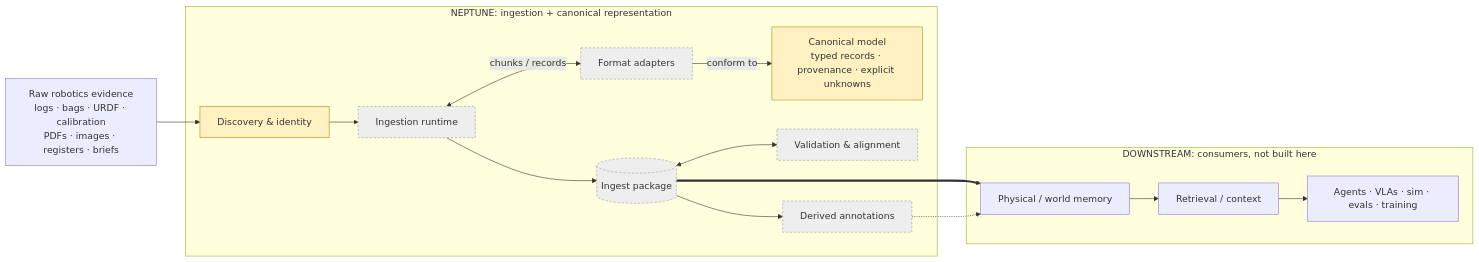
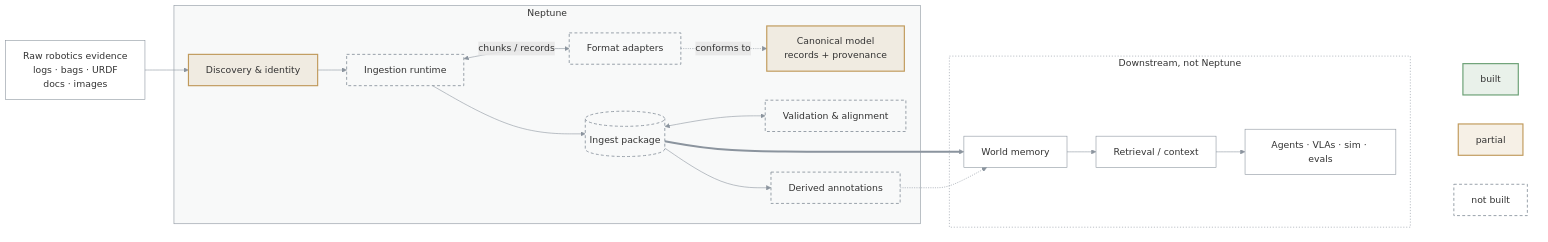
One commit to bennytay/neptune changed the diagram in ARCHITECTURE.md. Above: the diagram before and after it, drawn with Mermaid. The commit also changed other lines of this file and 2 other files, not shown here.

First line of the commit message:
docs: reduce ARCHITECTURE.md to one evolving diagram with soft colours

````diff
--- a/ARCHITECTURE.md
+++ b/ARCHITECTURE.md
@@ -14,35 +3,49 @@
 ```mermaid
 flowchart LR
-  RAW["Raw robotics evidence<br/>logs · bags · URDF · calibration<br/>PDFs · images · registers · briefs"]
+  RAW["Raw robotics evidence<br/>logs · bags · URDF<br/>docs · images"]
 
-  subgraph N["NEPTUNE: ingestion + canonical representation"]
+  subgraph N["Neptune"]
     DISC["Discovery &amp; identity"]
     RT["Ingestion runtime"]
     AD["Format adapters"]
-    CAN["Canonical model<br/>typed records · provenance · explicit unknowns"]
+    CAN["Canonical model<br/>records + provenance"]
     PKG[("Ingest package")]
     VAL["Validation &amp; alignment"]
     DER["Derived annotations"]
   end
 
-  subgraph D["DOWNSTREAM: consumers, not built here"]
-    MEM["Physical / world memory"]
+  subgraph D["Downstream, not Neptune"]
+    MEM["World memory"]
     RET["Retrieval / context"]
-    USE["Agents · VLAs · sim · evals · training"]
+    USE["Agents · VLAs · sim · evals"]
   end
 
   RAW --> DISC --> RT
   RT <-->|chunks / records| AD
-  AD -->|conform to| CAN
+  AD -.->|conforms to| CAN
   RT --> PKG
   PKG <--> VAL
   PKG --> DER
   PKG ==> MEM --> RET --> USE
   DER -.-> MEM
 
-  classDef built fill:#d3f2d3,stroke:#2e7d32
-  classDef partial fill:#fff1c2,stroke:#b8860b
-  classDef todo fill:#eeeeee,stroke:#999,stroke-dasharray:4 3
-  class DISC,CAN partial
-  class RT,AD,PKG,VAL,DER todo
+  subgraph KEY[" "]
+    K1["built"]
+    K2["partial"]
+    K3["not built"]
+  end
+  USE ~~~ K1 & K2 & K3
+
+  classDef built fill:#6a9f7426,stroke:#6a9f74,stroke-width:2px
+  classDef partial fill:#c09a5b26,stroke:#c09a5b,stroke-width:2px
+  classDef todo fill:none,stroke:#8b949e,stroke-width:1.5px,stroke-dasharray:5 4
+  classDef ext fill:none,stroke:#8b949e,stroke-width:1px
+  class K1 built
+  class DISC,CAN,K2 partial
+  class RT,AD,PKG,VAL,DER,K3 todo
+  class RAW,MEM,RET,USE ext
+  style N fill:#8b949e0f,stroke:#8b949e
+  style D fill:none,stroke:#8b949e,stroke-dasharray:2 3
+  style KEY fill:none,stroke:none
+  linkStyle default stroke:#8b949e
 ```
````
